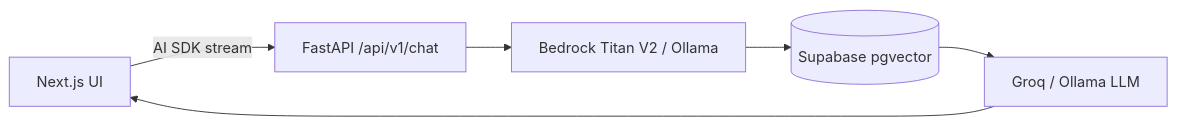
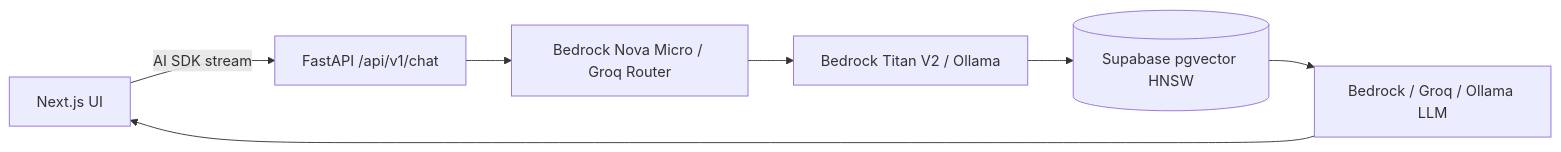
The diagram in README.md (jeanpzh/digemid-farmacite-rag), drawn with Mermaid before and after one commit. The commit also changed 14 other files, not shown here.

Commit message:
perf(retrieval): add Bedrock query router, adaptive retrieval, HNSW index, and metadata cache (#4)

````diff
--- a/README.md
+++ b/README.md
@@ -9,8 +9,9 @@
 ```mermaid
 flowchart LR
     UI[Next.js UI] -->|AI SDK stream| API[FastAPI /api/v1/chat]
-    API --> Embed[Bedrock Titan V2 / Ollama]
-    Embed --> DB[(Supabase pgvector)]
-    DB --> LLM[Groq / Ollama LLM]
+    API --> Router[Bedrock Nova Micro / Groq Router]
+    Router --> Embed[Bedrock Titan V2 / Ollama]
+    Embed --> DB[(Supabase pgvector HNSW)]
+    DB --> LLM[Bedrock / Groq / Ollama LLM]
     LLM --> UI
 ```
````
